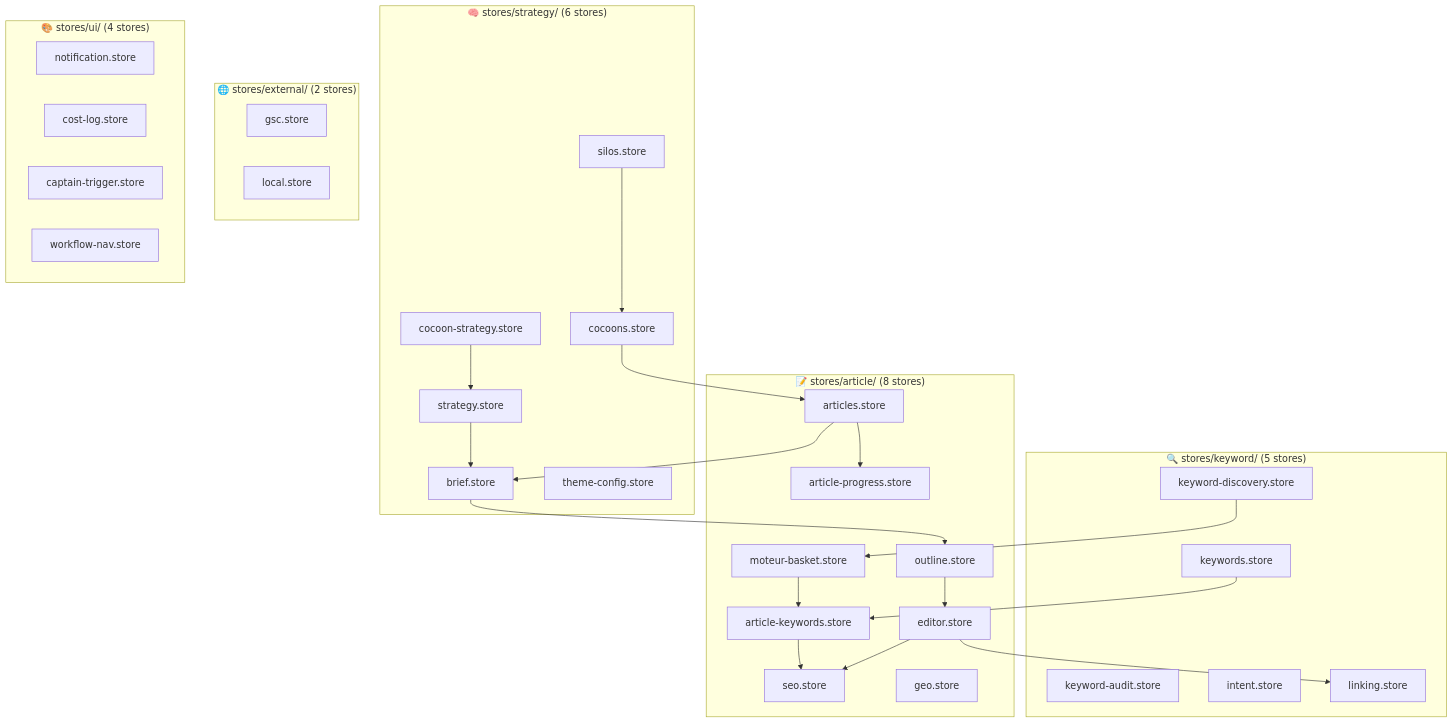
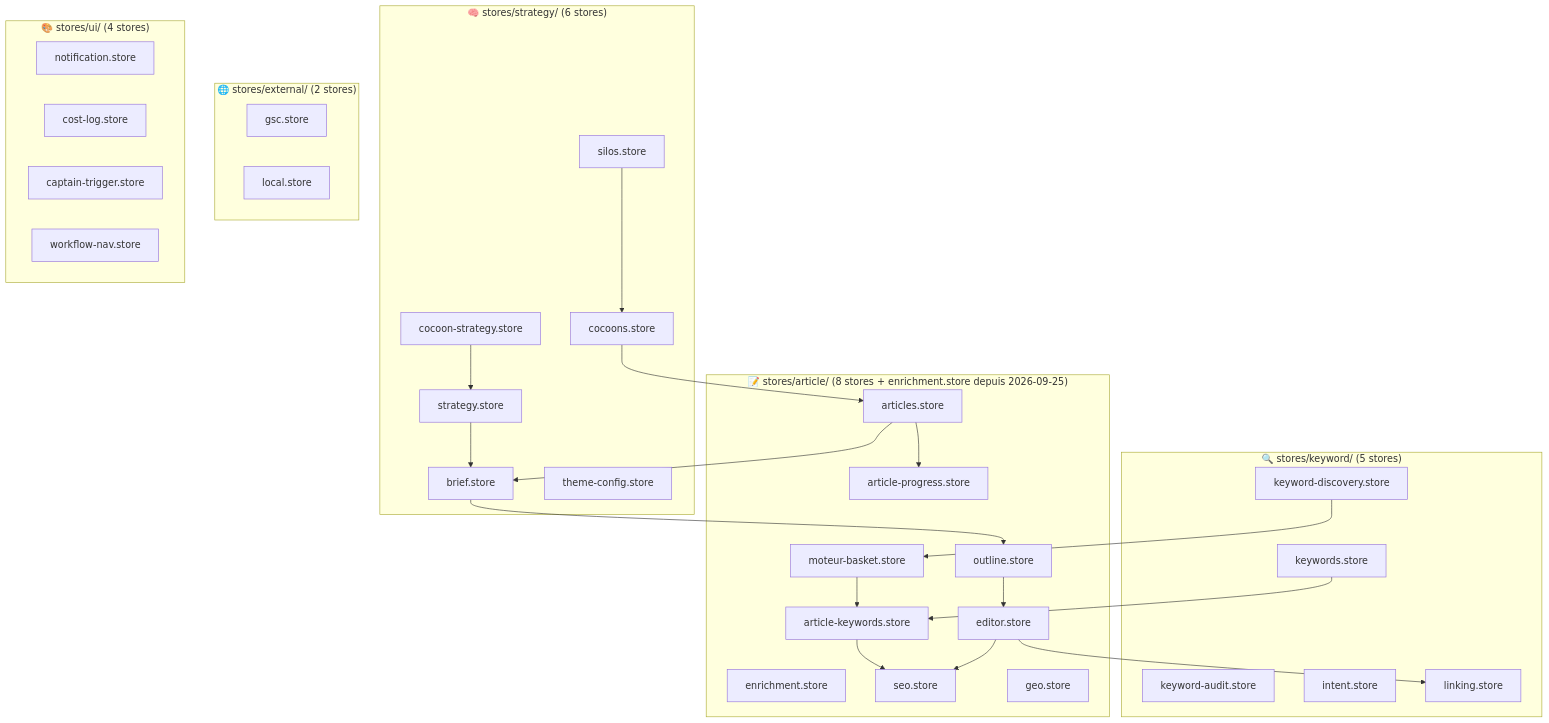
One commit to annubis-knight/Blog_Redactor_SEO changed the third of 25 diagrams in docs/ARCHITECTURE_FLOWS.md. Above: the diagram before and after it, drawn with Mermaid. The commit also changed other lines of this file and 11 other files, not shown here.

````diff
--- a/docs/ARCHITECTURE_FLOWS.md
+++ b/docs/ARCHITECTURE_FLOWS.md
@@ -195,57 +196,58 @@
 ```mermaid
 graph TB
-    subgraph Article["📝 stores/article/ (8 stores)"]
+    subgraph Article["📝 stores/article/ (8 stores + enrichment.store depuis 2026-09-25)"]
         articles["articles.store"]
         editor["editor.store"]
+        enrichment["enrichment.store"]
         basket["moteur-basket.store"]
         outline["outline.store"]
         seo["seo.store"]
         artKw["article-keywords.store"]
         artProg["article-progress.store"]
         geo["geo.store"]
     end
 
     subgraph Keyword["🔍 stores/keyword/ (5 stores)"]
         keywords["keywords.store"]
         kwDisc["keyword-discovery.store"]
         kwAudit["keyword-audit.store"]
         intent["intent.store"]
         linking["linking.store"]
     end
 
     subgraph Strategy["🧠 stores/strategy/ (6 stores)"]
         silos["silos.store"]
         cocoons["cocoons.store"]
         cocStrat["cocoon-strategy.store"]
         strat["strategy.store"]
         brief["brief.store"]
         theme["theme-config.store"]
     end
 
     subgraph External["🌐 stores/external/ (2 stores)"]
         gsc["gsc.store"]
         local["local.store"]
     end
 
     subgraph UI["🎨 stores/ui/ (4 stores)"]
         notif["notification.store"]
         cost["cost-log.store"]
         captTrig["captain-trigger.store"]
         wfNav["workflow-nav.store"]
     end
 
     silos --> cocoons
     cocoons --> articles
     articles --> brief
     brief --> outline
     outline --> editor
     keywords --> artKw
     artKw --> seo
     editor --> seo
     strat --> brief
     cocStrat --> strat
     kwDisc --> basket
     basket --> artKw
     editor --> linking
     articles --> artProg
 ```
````
